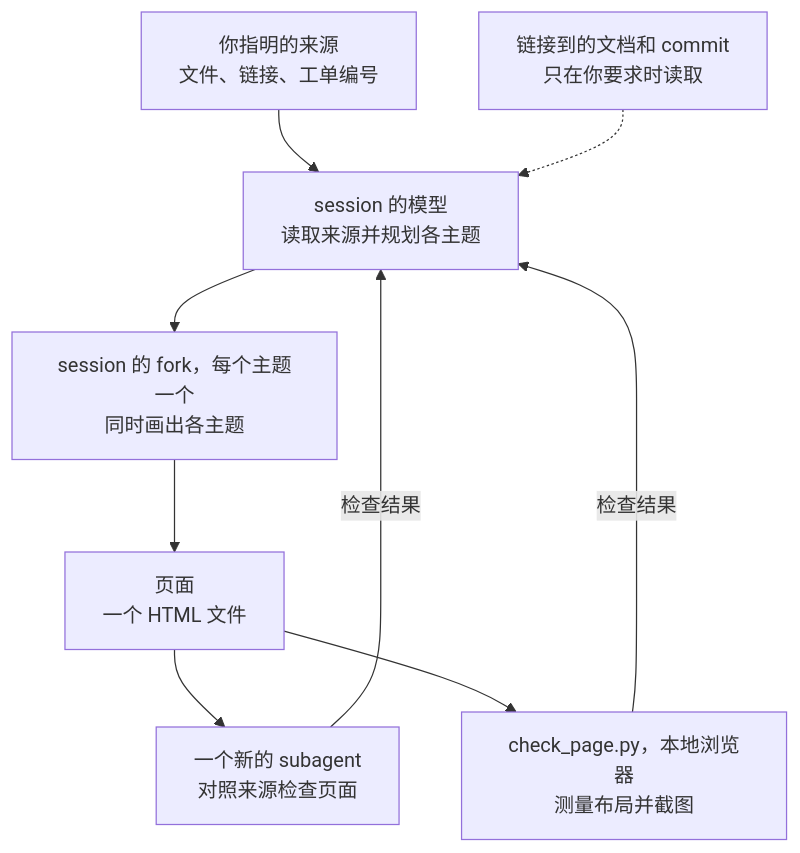
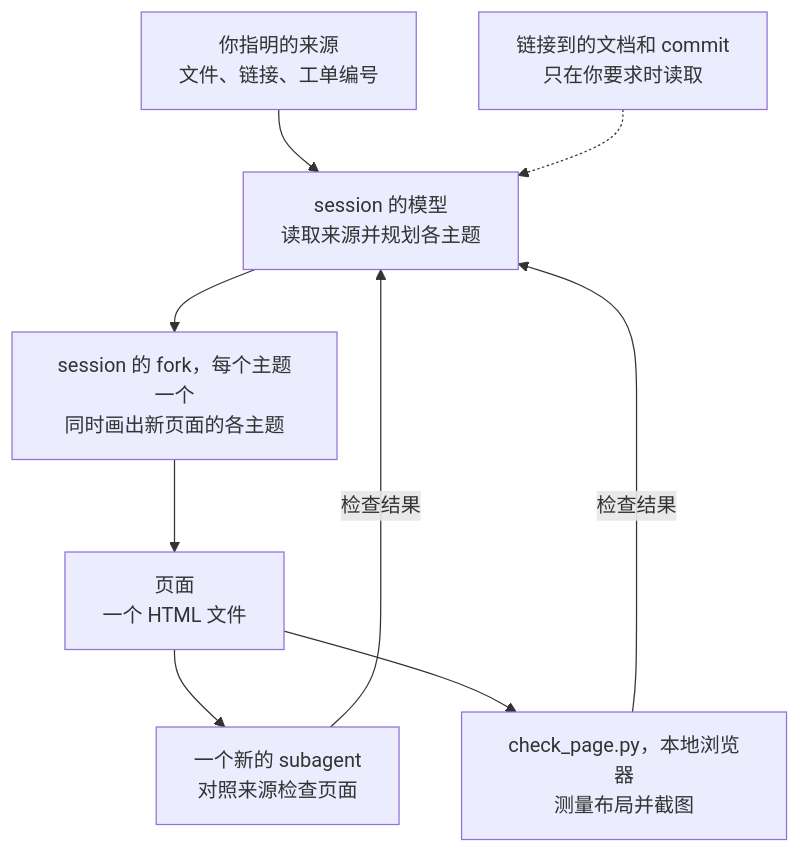
Before and after one commit to tundra-east/tundra: the diagram in plugins/visualise-document/README.zh-CN.md, drawn with Mermaid. The commit also changed other lines of this file and 4 other files, not shown here.

````diff
--- a/plugins/visualise-document/README.zh-CN.md
+++ b/plugins/visualise-document/README.zh-CN.md
@@ -36,11 +36,11 @@
 ```mermaid
 flowchart TB
     sources["你指明的来源<br>文件、链接、工单编号"] --> read
     linked["链接到的文档和 commit<br>只在你要求时读取"] -.-> read
-    read["session 的模型<br>读取来源并规划各主题"] --> forks["session 的 fork，每个主题一个<br>同时画出各主题"]
+    read["session 的模型<br>读取来源并规划各主题"] --> forks["session 的 fork，每个主题一个<br>同时画出新页面的各主题"]
     forks --> page["页面<br>一个 HTML 文件"]
     page --> verify["一个新的 subagent<br>对照来源检查页面"]
     page --> check["check_page.py，本地浏览器<br>测量布局并截图"]
     verify -- 检查结果 --> read
     check -- 检查结果 --> read
 ```
````
